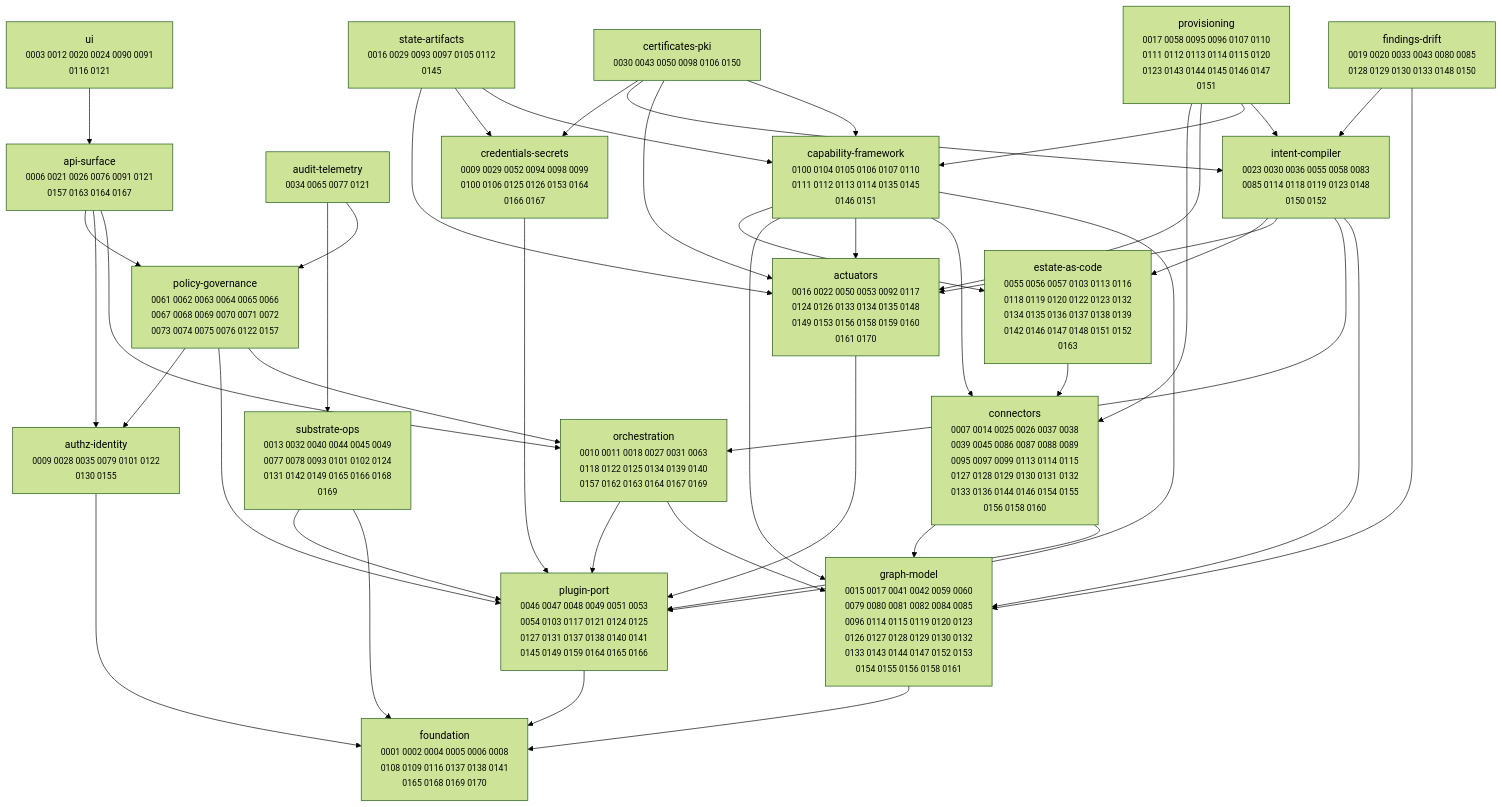
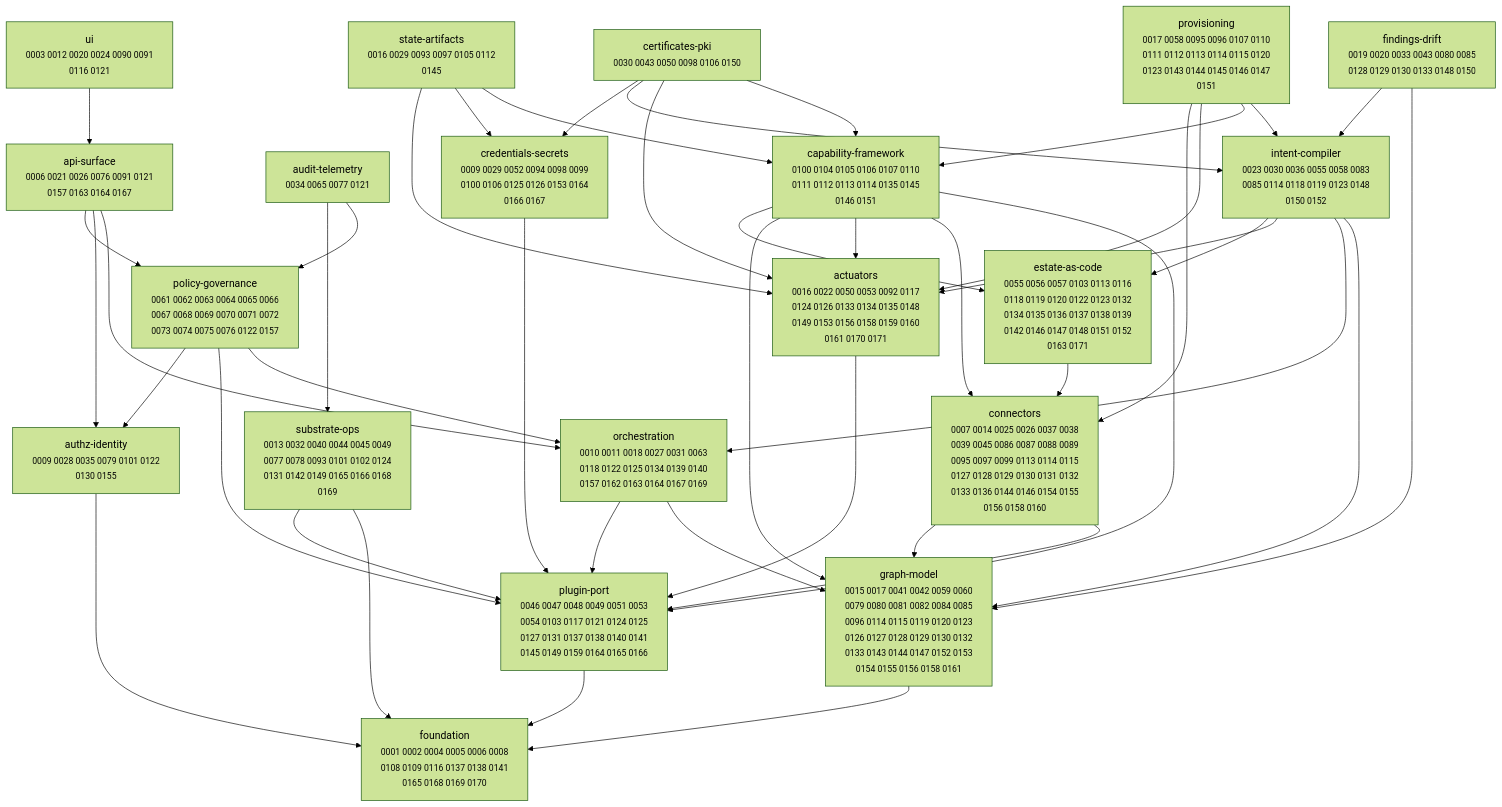
Before and after one commit to dstout-devops/stratt: the diagram in docs/adr/MAP.md, drawn with Mermaid (forest theme). The commit also changed other lines of this file and 7 other files, not shown here.

````diff
--- a/docs/adr/MAP.md
+++ b/docs/adr/MAP.md
@@ -11,67 +11,67 @@
 ```mermaid
 graph TD
-  actuators["actuators<br/><small>0016 0022 0050 0053 0092 0117<br/>0124 0126 0133 0134 0135 0148<br/>0149 0153 0156 0158 0159 0160<br/>0161 0170</small>"]
+  actuators["actuators<br/><small>0016 0022 0050 0053 0092 0117<br/>0124 0126 0133 0134 0135 0148<br/>0149 0153 0156 0158 0159 0160<br/>0161 0170 0171</small>"]
   api_surface["api-surface<br/><small>0006 0021 0026 0076 0091 0121<br/>0157 0163 0164 0167</small>"]
   audit_telemetry["audit-telemetry<br/><small>0034 0065 0077 0121</small>"]
   authz_identity["authz-identity<br/><small>0009 0028 0035 0079 0101 0122<br/>0130 0155</small>"]
   capability_framework["capability-framework<br/><small>0100 0104 0105 0106 0107 0110<br/>0111 0112 0113 0114 0135 0145<br/>0146 0151</small>"]
   certificates_pki["certificates-pki<br/><small>0030 0043 0050 0098 0106 0150</small>"]
   connectors["connectors<br/><small>0007 0014 0025 0026 0037 0038<br/>0039 0045 0086 0087 0088 0089<br/>0095 0097 0099 0113 0114 0115<br/>0127 0128 0129 0130 0131 0132<br/>0133 0136 0144 0146 0154 0155<br/>0156 0158 0160</small>"]
   credentials_secrets["credentials-secrets<br/><small>0009 0029 0052 0094 0098 0099<br/>0100 0106 0125 0126 0153 0164<br/>0166 0167</small>"]
-  estate_as_code["estate-as-code<br/><small>0055 0056 0057 0103 0113 0116<br/>0118 0119 0120 0122 0123 0132<br/>0134 0135 0136 0137 0138 0139<br/>0142 0146 0147 0148 0151 0152<br/>0163</small>"]
+  estate_as_code["estate-as-code<br/><small>0055 0056 0057 0103 0113 0116<br/>0118 0119 0120 0122 0123 0132<br/>0134 0135 0136 0137 0138 0139<br/>0142 0146 0147 0148 0151 0152<br/>0163 0171</small>"]
   findings_drift["findings-drift<br/><small>0019 0020 0033 0043 0080 0085<br/>0128 0129 0130 0133 0148 0150</small>"]
   foundation["foundation<br/><small>0001 0002 0004 0005 0006 0008<br/>0108 0109 0116 0137 0138 0141<br/>0165 0168 0169 0170</small>"]
   graph_model["graph-model<br/><small>0015 0017 0041 0042 0059 0060<br/>0079 0080 0081 0082 0084 0085<br/>0096 0114 0115 0119 0120 0123<br/>0126 0127 0128 0129 0130 0132<br/>0133 0143 0144 0147 0152 0153<br/>0154 0155 0156 0158 0161</small>"]
   intent_compiler["intent-compiler<br/><small>0023 0030 0036 0055 0058 0083<br/>0085 0114 0118 0119 0123 0148<br/>0150 0152</small>"]
   orchestration["orchestration<br/><small>0010 0011 0018 0027 0031 0063<br/>0118 0122 0125 0134 0139 0140<br/>0157 0162 0163 0164 0167 0169</small>"]
   plugin_port["plugin-port<br/><small>0046 0047 0048 0049 0051 0053<br/>0054 0103 0117 0121 0124 0125<br/>0127 0131 0137 0138 0140 0141<br/>0145 0149 0159 0164 0165 0166</small>"]
   policy_governance["policy-governance<br/><small>0061 0062 0063 0064 0065 0066<br/>0067 0068 0069 0070 0071 0072<br/>0073 0074 0075 0076 0122 0157</small>"]
   provisioning["provisioning<br/><small>0017 0058 0095 0096 0107 0110<br/>0111 0112 0113 0114 0115 0120<br/>0123 0143 0144 0145 0146 0147<br/>0151</small>"]
   state_artifacts["state-artifacts<br/><small>0016 0029 0093 0097 0105 0112<br/>0145</small>"]
   substrate_ops["substrate-ops<br/><small>0013 0032 0040 0044 0045 0049<br/>0077 0078 0093 0101 0102 0124<br/>0131 0142 0149 0165 0166 0168<br/>0169</small>"]
   ui["ui<br/><small>0003 0012 0020 0024 0090 0091<br/>0116 0121</small>"]
 
   actuators --> plugin_port
   api_surface --> orchestration
   api_surface --> authz_identity
   api_surface --> policy_governance
   audit_telemetry --> policy_governance
   audit_telemetry --> substrate_ops
   authz_identity --> foundation
   capability_framework --> plugin_port
   capability_framework --> connectors
   capability_framework --> actuators
   capability_framework --> graph_model
   capability_framework --> estate_as_code
   certificates_pki --> capability_framework
   certificates_pki --> actuators
   certificates_pki --> intent_compiler
   certificates_pki --> credentials_secrets
   connectors --> plugin_port
   connectors --> graph_model
   credentials_secrets --> plugin_port
   estate_as_code --> connectors
   findings_drift --> graph_model
   findings_drift --> intent_compiler
   graph_model --> foundation
   intent_compiler --> graph_model
   intent_compiler --> orchestration
   intent_compiler --> actuators
   intent_compiler --> estate_as_code
   orchestration --> graph_model
   orchestration --> plugin_port
   plugin_port --> foundation
   policy_governance --> orchestration
   policy_governance --> plugin_port
   policy_governance --> authz_identity
   provisioning --> intent_compiler
   provisioning --> capability_framework
   provisioning --> actuators
   provisioning --> connectors
   state_artifacts --> capability_framework
   state_artifacts --> credentials_secrets
   state_artifacts --> actuators
   substrate_ops --> foundation
   substrate_ops --> plugin_port
   ui --> api_surface
 ```
````
